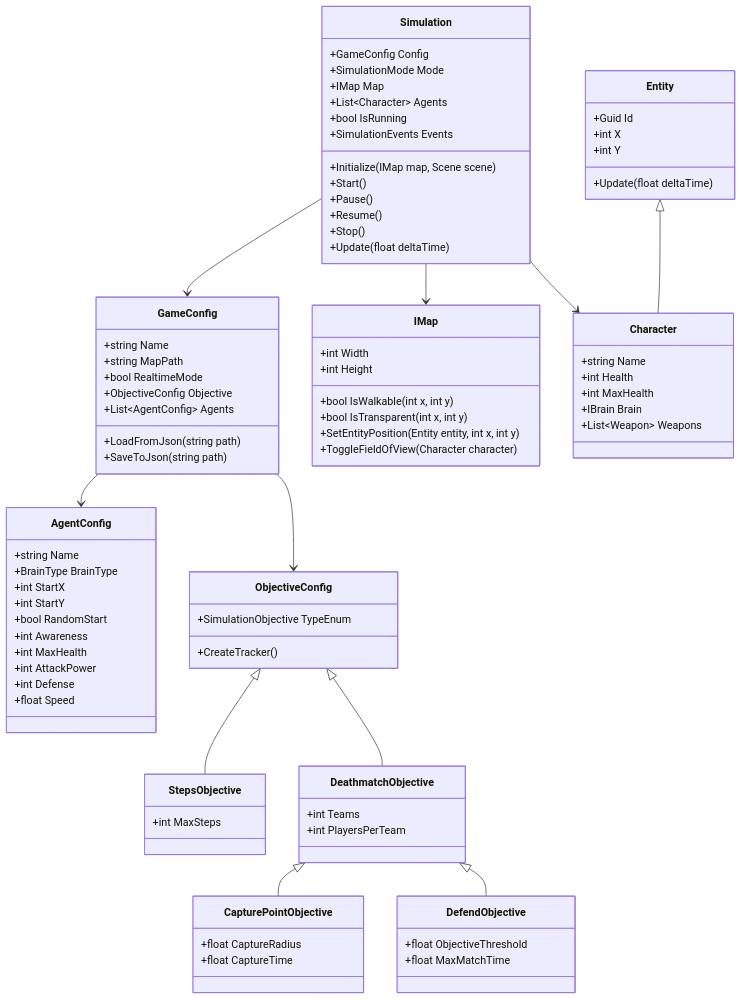
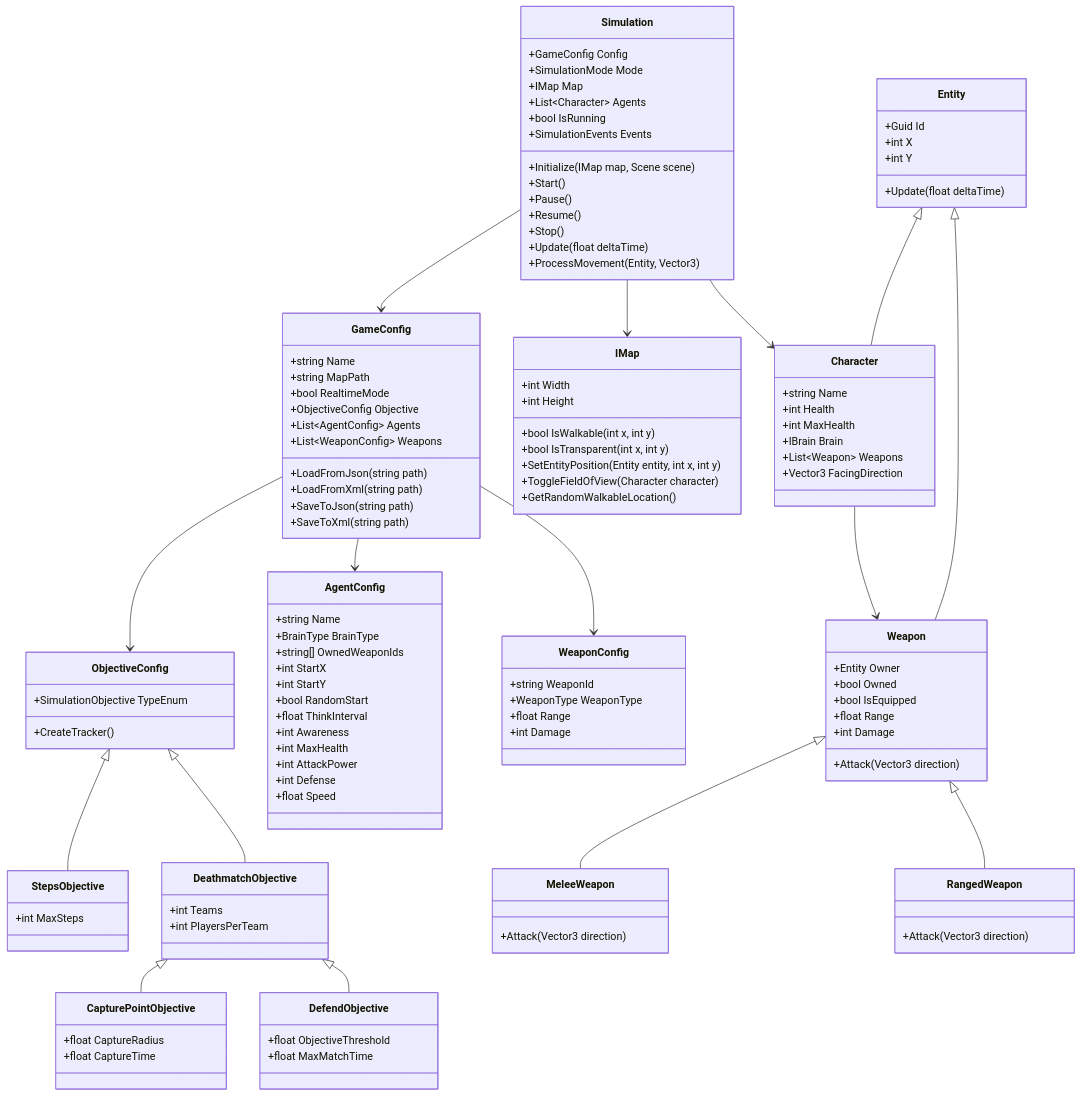
The first of 2 diagrams in README.md (arbyun/Simulation-Toolkit-AI), drawn with Mermaid before and after one commit. The commit also changed other lines of this file and 1 other file, not shown here.

````diff
--- a/README.md
+++ b/README.md
@@ -250,6 +324,7 @@
         +Resume()
         +Stop()
         +Update(float deltaTime)
+        +ProcessMovement(Entity, Vector3)
     }
     
     class GameConfig {
@@ -258,21 +333,33 @@
         +bool RealtimeMode
         +ObjectiveConfig Objective
         +List~AgentConfig~ Agents
+        +List~WeaponConfig~ Weapons
         +LoadFromJson(string path)
+        +LoadFromXml(string path)
         +SaveToJson(string path)
+        +SaveToXml(string path)
     }
     
     class AgentConfig {
         +string Name
         +BrainType BrainType
+        +string[] OwnedWeaponIds
         +int StartX
         +int StartY
         +bool RandomStart
+        +float ThinkInterval
         +int Awareness
         +int MaxHealth
         +int AttackPower
         +int Defense
         +float Speed
+    }
+    
+    class WeaponConfig {
+        +string WeaponId
+        +WeaponType WeaponType
+        +float Range
+        +int Damage
     }
     
     class ObjectiveConfig {
@@ -306,6 +393,7 @@
         +bool IsTransparent(int x, int y)
         +SetEntityPosition(Entity entity, int x, int y)
         +ToggleFieldOfView(Character character)
+        +GetRandomWalkableLocation()
     }
     
     class Entity {
@@ -321,16 +409,39 @@
         +int MaxHealth
         +IBrain Brain
         +List~Weapon~ Weapons
+        +Vector3 FacingDirection
+    }
+    
+    class Weapon {
+        +Entity Owner
+        +bool Owned
+        +bool IsEquipped
+        +float Range
+        +int Damage
+        +Attack(Vector3 direction)
+    }
+    
+    class MeleeWeapon {
+        +Attack(Vector3 direction)
+    }
+    
+    class RangedWeapon {
+        +Attack(Vector3 direction)
     }
     
     Simulation --> GameConfig
     Simulation --> IMap
     GameConfig --> ObjectiveConfig
     GameConfig --> AgentConfig
+    GameConfig --> WeaponConfig
     ObjectiveConfig <|-- StepsObjective
     ObjectiveConfig <|-- DeathmatchObjective
     DeathmatchObjective <|-- CapturePointObjective
     DeathmatchObjective <|-- DefendObjective
     Simulation --> Character
     Entity <|-- Character
+    Entity <|-- Weapon
+    Weapon <|-- MeleeWeapon
+    Weapon <|-- RangedWeapon
+    Character --> Weapon
 ```
````
